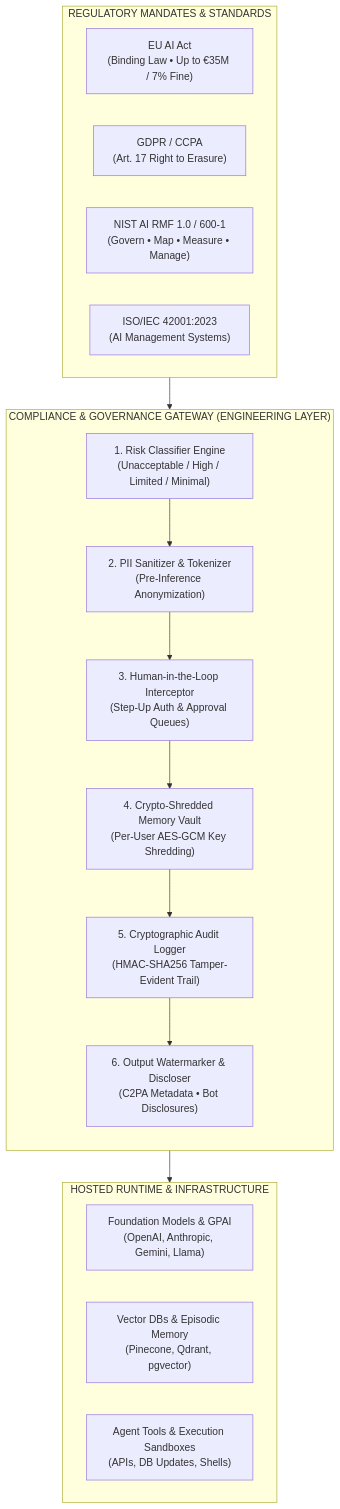
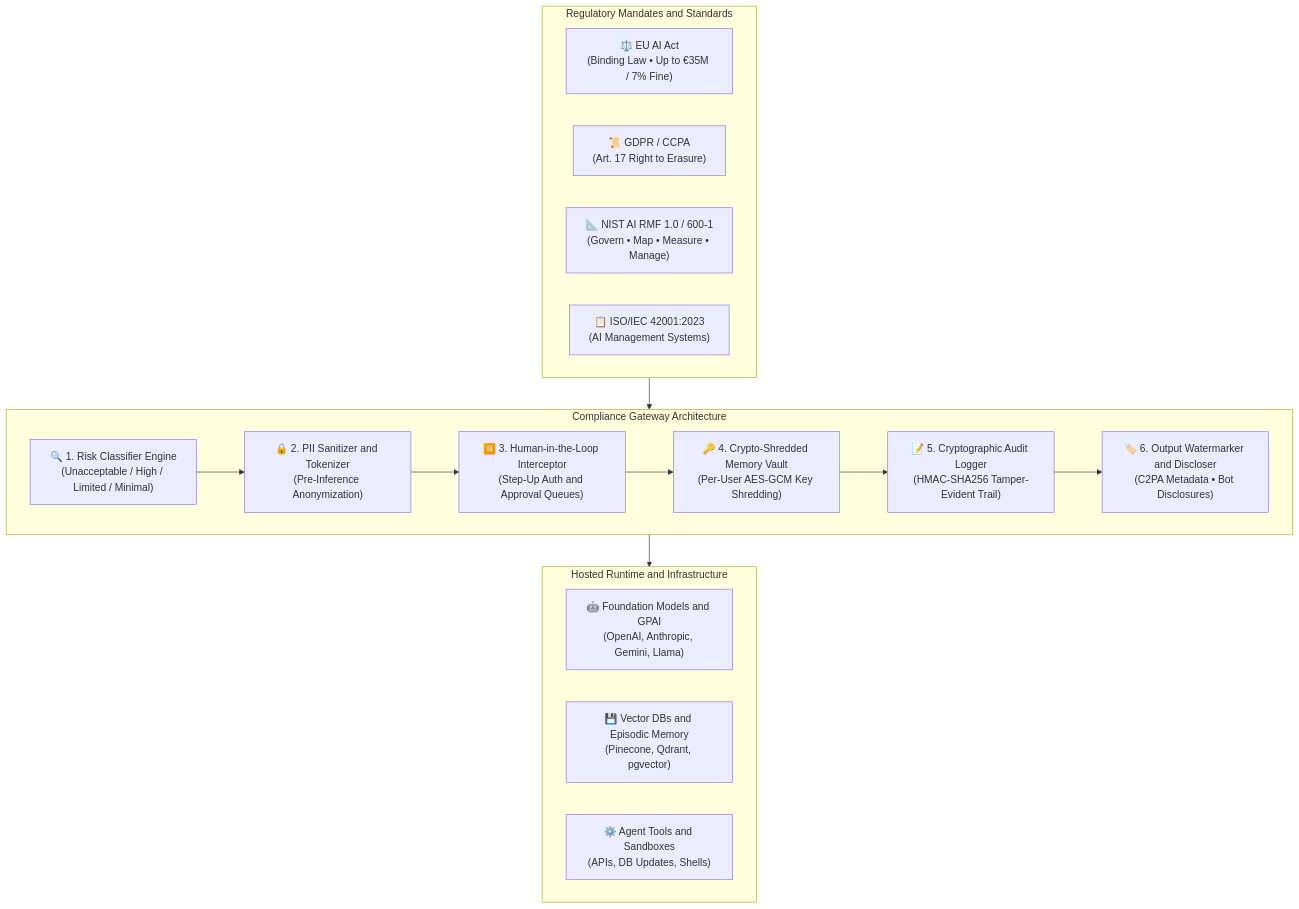
The first of 12 diagrams in resources/ai-governance-and-compliance-guide.md (dip4k/senior-engineer-to-ai-engineer-roadmap), drawn with Mermaid before and after one commit. The commit also changed other lines of this file and 94 other files, not shown here.

Commit message:
refactor(curriculum): complete Phase 04 upgrade and enforce diagram renderer invariants

````diff
--- a/resources/ai-governance-and-compliance-guide.md
+++ b/resources/ai-governance-and-compliance-guide.md
@@ -11,29 +11,28 @@
 ```mermaid
 flowchart TD
-    subgraph Regulatory["REGULATORY MANDATES & STANDARDS"]
-        EU["EU AI Act\n(Binding Law • Up to €35M / 7% Fine)"]
-        GDPR["GDPR / CCPA\n(Art. 17 Right to Erasure)"]
-        NIST["NIST AI RMF 1.0 / 600-1\n(Govern • Map • Measure • Manage)"]
-        ISO["ISO/IEC 42001:2023\n(AI Management Systems)"]
+    subgraph Regulatory["Regulatory Mandates and Standards"]
+        EU["⚖️ EU AI Act\n(Binding Law • Up to €35M / 7% Fine)"]
+        GDPR["📜 GDPR / CCPA\n(Art. 17 Right to Erasure)"]
+        NIST["📐 NIST AI RMF 1.0 / 600-1\n(Govern • Map • Measure • Manage)"]
+        ISO["📋 ISO/IEC 42001:2023\n(AI Management Systems)"]
     end
 
-    subgraph Gateway["COMPLIANCE & GOVERNANCE GATEWAY (ENGINEERING LAYER)"]
-        direction TB
-        Classify["1. Risk Classifier Engine\n(Unacceptable / High / Limited / Minimal)"]
-        PII["2. PII Sanitizer & Tokenizer\n(Pre-Inference Anonymization)"]
-        HITL["3. Human-in-the-Loop Interceptor\n(Step-Up Auth & Approval Queues)"]
-        Crypto["4. Crypto-Shredded Memory Vault\n(Per-User AES-GCM Key Shredding)"]
-        Audit["5. Cryptographic Audit Logger\n(HMAC-SHA256 Tamper-Evident Trail)"]
-        Watermark["6. Output Watermarker & Discloser\n(C2PA Metadata • Bot Disclosures)"]
+    subgraph Gateway["Compliance Gateway Architecture"]
+        Classify["🔍 1. Risk Classifier Engine\n(Unacceptable / High / Limited / Minimal)"]
+        PII["🔒 2. PII Sanitizer and Tokenizer\n(Pre-Inference Anonymization)"]
+        HITL["⏸️ 3. Human-in-the-Loop Interceptor\n(Step-Up Auth and Approval Queues)"]
+        Crypto["🔑 4. Crypto-Shredded Memory Vault\n(Per-User AES-GCM Key Shredding)"]
+        Audit["📝 5. Cryptographic Audit Logger\n(HMAC-SHA256 Tamper-Evident Trail)"]
+        Watermark["🏷️ 6. Output Watermarker and Discloser\n(C2PA Metadata • Bot Disclosures)"]
     end
 
-    subgraph Runtime["HOSTED RUNTIME & INFRASTRUCTURE"]
-        LLM["Foundation Models & GPAI\n(OpenAI, Anthropic, Gemini, Llama)"]
-        VectorDB["Vector DBs & Episodic Memory\n(Pinecone, Qdrant, pgvector)"]
-        Tools["Agent Tools & Execution Sandboxes\n(APIs, DB Updates, Shells)"]
+    subgraph Runtime["Hosted Runtime and Infrastructure"]
+        LLM["🤖 Foundation Models and GPAI\n(OpenAI, Anthropic, Gemini, Llama)"]
+        VectorDB["💾 Vector DBs and Episodic Memory\n(Pinecone, Qdrant, pgvector)"]
+        Tools["⚙️ Agent Tools and Sandboxes\n(APIs, DB Updates, Shells)"]
     end
 
     Regulatory --> Gateway
     Gateway --> Runtime
     Classify --> PII --> HITL --> Crypto --> Audit --> Watermark
 ```
````
